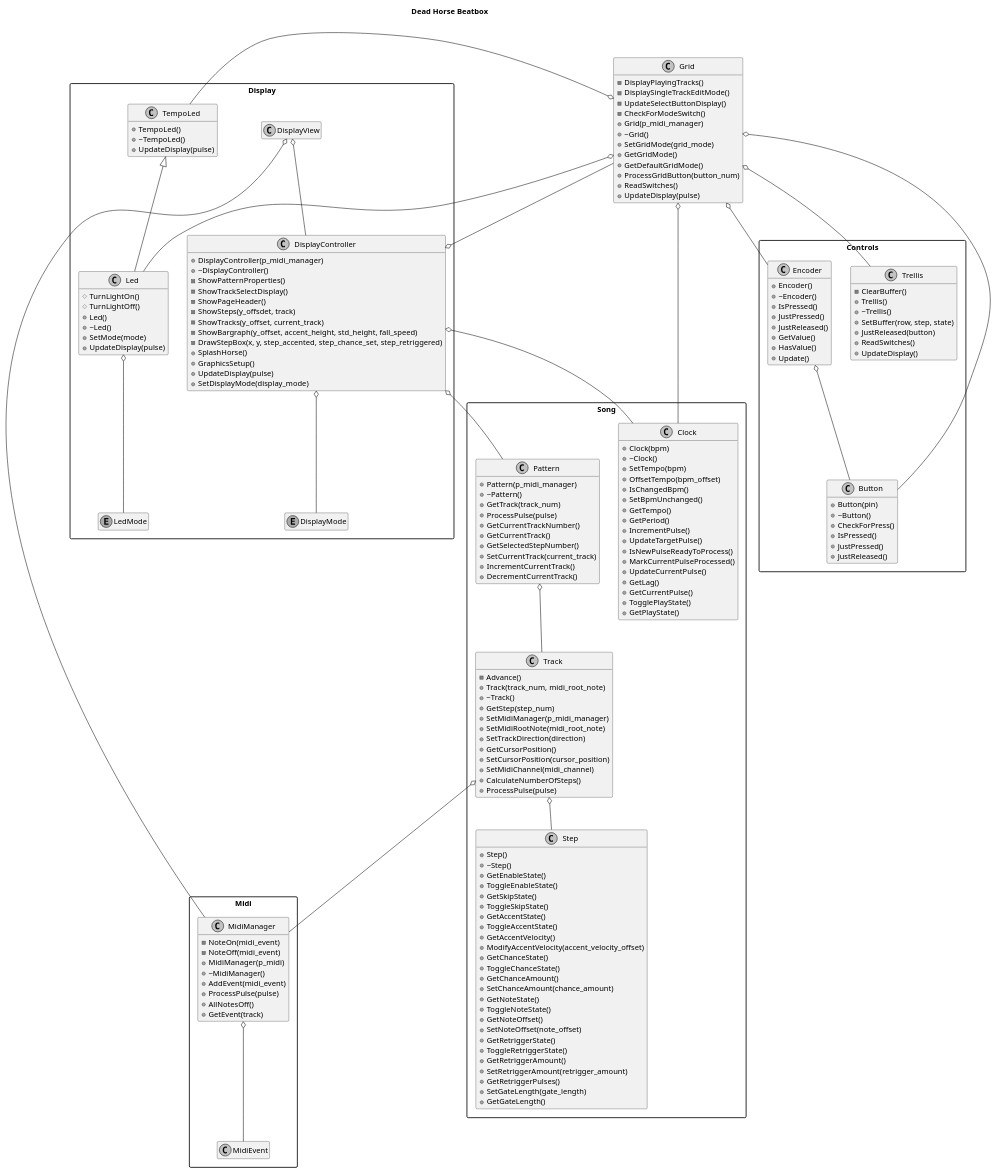
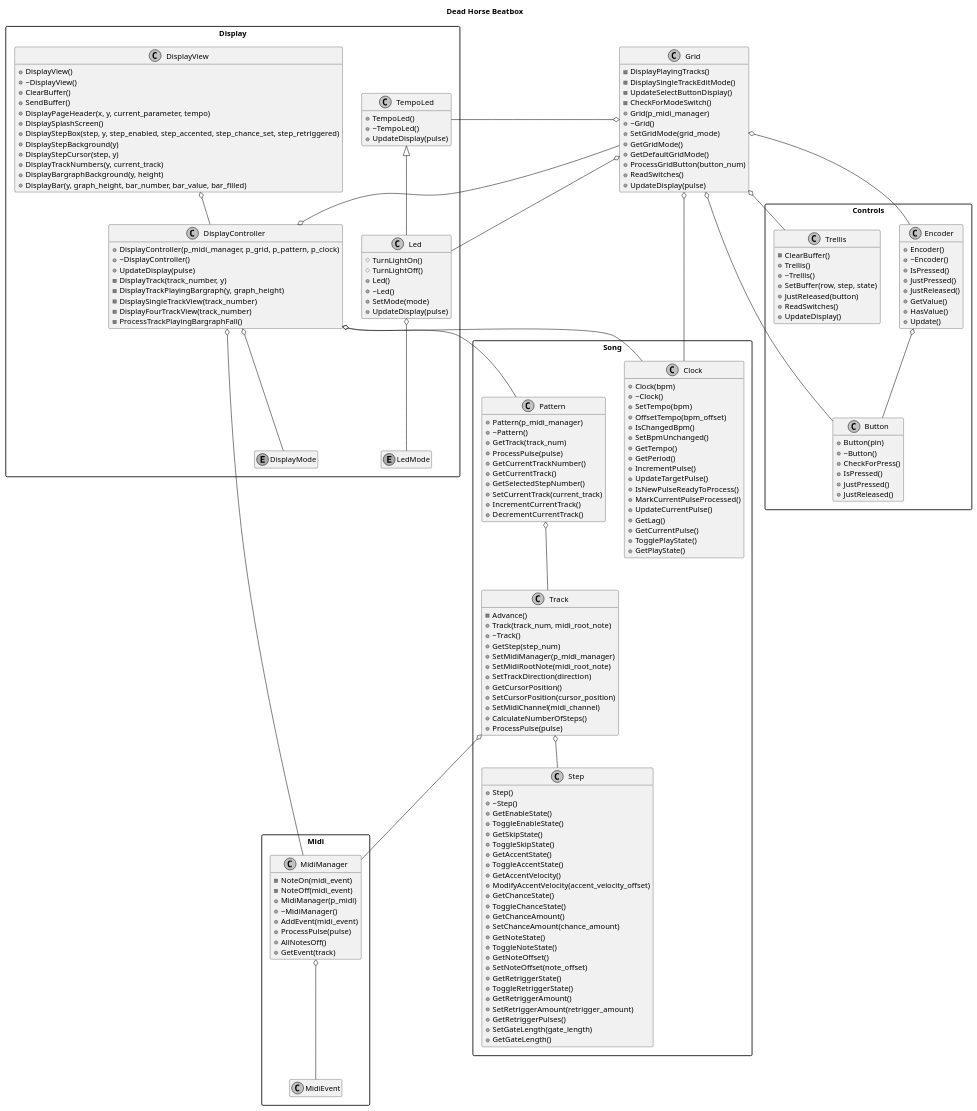
The diagram in documentation/DeadHorse.wsd (jsiemasko/DeadHorseBeatBox), drawn with PlantUML before and after one commit. The commit also changed 8 other files, not shown here.

Commit message:
Seperated display to view and controller

```diff
--- a/documentation/DeadHorse.wsd
+++ b/documentation/DeadHorse.wsd
@@ -1,187 +1,194 @@
 @startuml Dead Horse Beatbox
 Title "Dead Horse Beatbox"
 hide empty members
 skinparam monochrome true
 skinparam packageStyle rect
 skinparam defaultFontName FG Virgil
 skinparam shadowing false
 
 enum Display.LedMode
 enum Display.DisplayMode
 class Controls.Button{
     +Button(pin)
     +~Button()
     +CheckForPress()
     +IsPressed()
     +JustPressed()
     +JustReleased()
 }
 class Controls.Encoder{
     +Encoder()
     +~Encoder()
     +IsPressed()
     +JustPressed()
     +JustReleased()
     +GetValue()
     +HasValue()
     +Update()
 }
 class Display.Led{
     #TurnLightOn()
     #TurnLightOff()
     +Led()
     +~Led()
     +SetMode(mode)
     +UpdateDisplay(pulse)
 }
 class Display.TempoLed{
     +TempoLed()
     +~TempoLed()
     +UpdateDisplay(pulse)
 }
 class Controls.Trellis{
     -ClearBuffer()
     +Trellis()
     +~Trellis()
     +SetBuffer(row, step, state)
     +JustReleased(button)
     +ReadSwitches()
     +UpdateDisplay()
 }
 class Song.Clock{
     +Clock(bpm)
     +~Clock()
     +SetTempo(bpm)
     +OffsetTempo(bpm_offset)
     +IsChangedBpm()
     +SetBpmUnchanged()
     +GetTempo()
     +GetPeriod()
     +IncrementPulse()
     +UpdateTargetPulse()
 	+IsNewPulseReadyToProcess()
 	+MarkCurrentPulseProcessed()
 	+UpdateCurrentPulse()
 	+GetLag()
 	+GetCurrentPulse()
 	+TogglePlayState()
 	+GetPlayState()
 }
 class Display.DisplayView{
+   	+DisplayView()
+	+~DisplayView()
+	+ClearBuffer()
+	+SendBuffer()
+	+DisplayPageHeader(x, y, current_parameter, tempo)
+	+DisplaySplashScreen()
+	+DisplayStepBox(step, y, step_enabled, step_accented, step_chance_set, step_retriggered)
+	+DisplayStepBackground(y)
+	+DisplayStepCursor(step, y)
+	+DisplayTrackNumbers(y, current_track)
+	+DisplayBargraphBackground(y, height)
+	+DisplayBar(y, graph_height, bar_number, bar_value, bar_filled)
 }
 class Display.DisplayController{
-    +DisplayController(p_midi_manager)
-    +~DisplayController()
-    -ShowPatternProperties()
-    -ShowTrackSelectDisplay()
-    -ShowPageHeader()
-    -ShowSteps(y_offsdet, track)
-    -ShowTracks(y_offset, current_track)
-    -ShowBargraph(y_offset, accent_height, std_height, fall_speed)
-    -DrawStepBox(x, y, step_accented, step_chance_set, step_retriggered)
-    +SplashHorse()
-    +GraphicsSetup()
+    +DisplayController(p_midi_manager, p_grid, p_pattern, p_clock)
+	+~DisplayController()
     +UpdateDisplay(pulse)
-    +SetDisplayMode(display_mode)
+    -DisplayTrack(track_number, y)
+	-DisplayTrackPlayingBargraph(y, graph_height)
+	-DisplaySingleTrackView(track_number)
+	-DisplayFourTrackView(track_number)
+	-ProcessTrackPlayingBargraphFall()
 }
 class Grid{
     -DisplayPlayingTracks()
 	-DisplaySingleTrackEditMode()
 	-UpdateSelectButtonDisplay()
 	-CheckForModeSwitch()
 	+Grid(p_midi_manager)
 	+~Grid()
 	+SetGridMode(grid_mode)
 	+GetGridMode()
 	+GetDefaultGridMode()
 	+ProcessGridButton(button_num)
 	+ReadSwitches()
 	+UpdateDisplay(pulse)
 }
 class Midi.MidiManager{
     -NoteOn(midi_event)
     -NoteOff(midi_event)
     +MidiManager(p_midi)
 	+~MidiManager()
 	+AddEvent(midi_event)
 	+ProcessPulse(pulse)
 	+AllNotesOff()
 	+GetEvent(track)
 
 }
 Class Midi.MidiEvent
 Class Song.Pattern{
     +Pattern(p_midi_manager)
 	+~Pattern()
     +GetTrack(track_num)
     +ProcessPulse(pulse)
     +GetCurrentTrackNumber()
 	+GetCurrentTrack()
 	+GetSelectedStepNumber()
 	+SetCurrentTrack(current_track)
 	+IncrementCurrentTrack()
 	+DecrementCurrentTrack()
 }
 Class Song.Step{
     +Step()
 	+~Step()
 	+GetEnableState()
 	+ToggleEnableState()
     +GetSkipState()
     +ToggleSkipState()
 	+GetAccentState()
 	+ToggleAccentState()
 	+GetAccentVelocity()
 	+ModifyAccentVelocity(accent_velocity_offset)
 	+GetChanceState()
 	+ToggleChanceState()
 	+GetChanceAmount()
 	+SetChanceAmount(chance_amount)
 	+GetNoteState()
 	+ToggleNoteState()
 	+GetNoteOffset()
 	+SetNoteOffset(note_offset)
 	+GetRetriggerState()
 	+ToggleRetriggerState()
 	+GetRetriggerAmount()
 	+SetRetriggerAmount(retrigger_amount)
 	+GetRetriggerPulses()
     +SetGateLength(gate_length)
 	+GetGateLength()
 }
 Class Song.Track{
     -Advance()
     +Track(track_num, midi_root_note)
 	+~Track()
     +GetStep(step_num)
 	+SetMidiManager(p_midi_manager)
 	+SetMidiRootNote(midi_root_note)
 	+SetTrackDirection(direction)
 	+GetCursorPosition()
 	+SetCursorPosition(cursor_position)
 	+SetMidiChannel(midi_channel)
 	+CalculateNumberOfSteps()
 	+ ProcessPulse(pulse)
 }
 
 Controls.Encoder o-- Controls.Button
 Display.TempoLed <|-- Display.Led
-Display.DisplayView o-- Midi.MidiManager
+Display.DisplayController o-- Midi.MidiManager
 Display.DisplayController o-- Song.Pattern
 Display.DisplayController o-- Song.Clock
 Display.DisplayController o-- Grid
 Song.Pattern o-- Song.Track
 Song.Track o-- Song.Step
 Song.Track o-- Midi.MidiManager
 Grid o-- Display.TempoLed
 Grid o-- Display.Led
 Grid o-- Controls.Button
 Grid o-- Controls.Encoder
 Grid o-- Controls.Trellis
 Grid o-- Song.Clock
 Midi.MidiManager o-- Midi.MidiEvent
 Display.Led o-- Display.LedMode
 Display.DisplayController o-- Display.DisplayMode
 Display.DisplayView o-- Display.DisplayController
 
 @enduml
```
